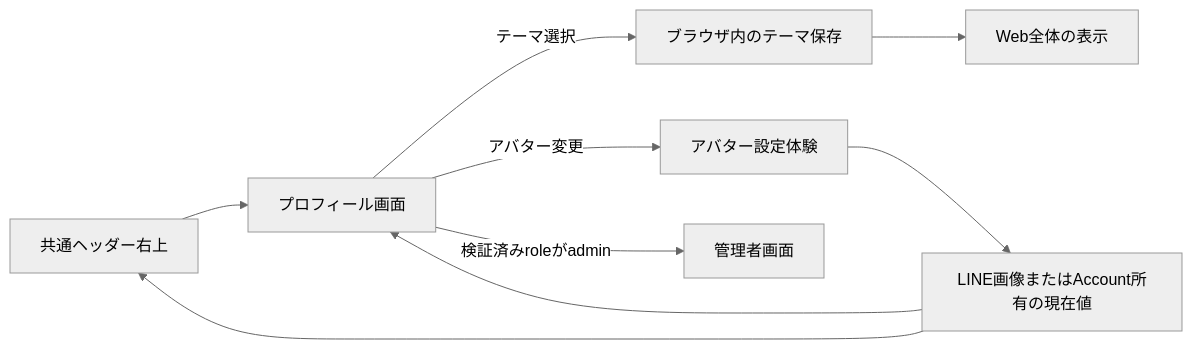
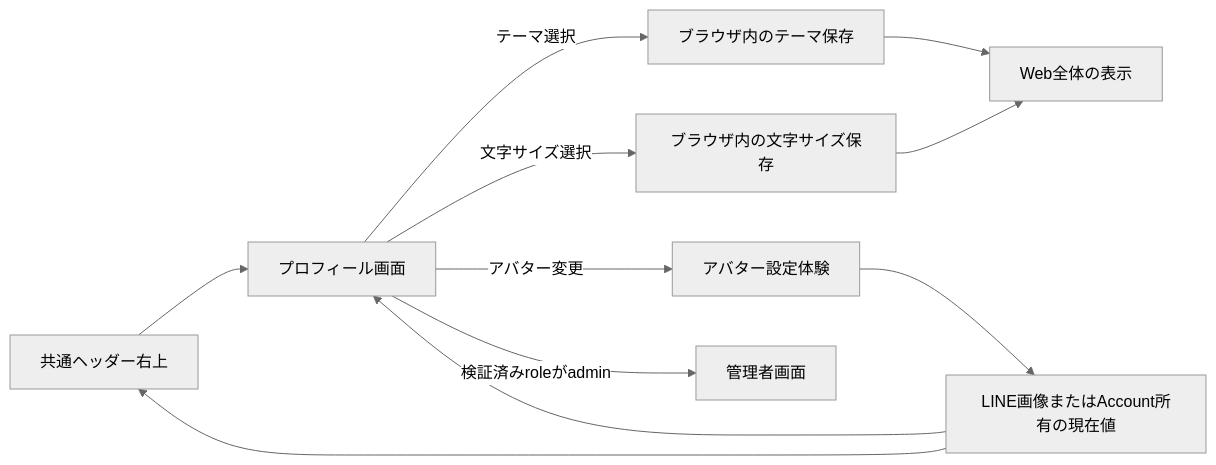
The second of 2 diagrams in docs/product/profile-settings-experience.md (kkyosuke/me-builder), drawn with Mermaid (neutral theme) before and after one commit. The commit also changed other lines of this file and 11 other files, not shown here.

````diff
--- a/docs/product/profile-settings-experience.md
+++ b/docs/product/profile-settings-experience.md
@@ -149,11 +167,13 @@
 ```mermaid
 flowchart LR
     H[共通ヘッダー右上] --> P[プロフィール画面]
     P -->|テーマ選択| B[ブラウザ内のテーマ保存]
     B --> V[Web全体の表示]
+    P -->|文字サイズ選択| F[ブラウザ内の文字サイズ保存]
+    F --> V
     P -->|アバター変更| A[アバター設定体験]
     P -->|検証済みroleがadmin| M[管理者画面]
     A --> D[LINE画像またはAccount所有の現在値]
     D --> P
     D --> H
 ```
````
